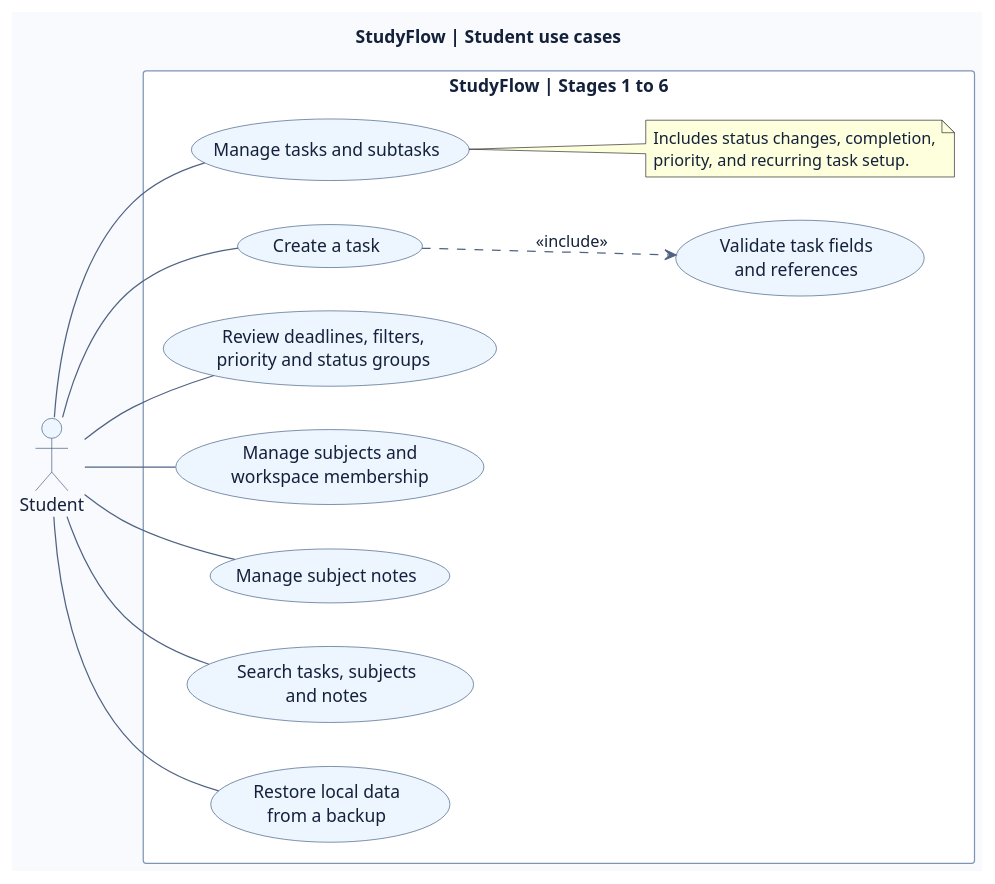
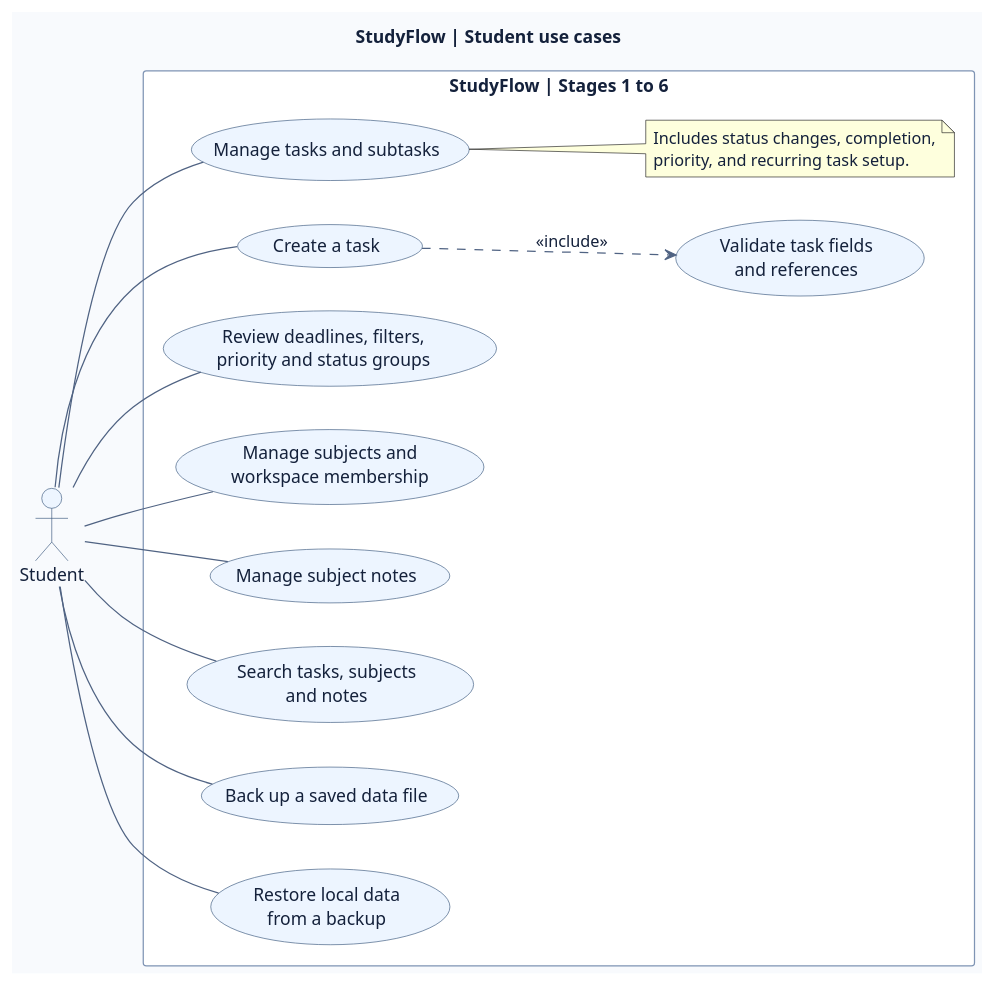
One commit to Dishitha09/StudyFlow changed the diagram in docs/uml/use-case-diagram.puml. Above: the diagram before and after it, drawn with PlantUML. The commit also changed 13 other files, not shown here.

```diff
--- a/docs/uml/use-case-diagram.puml
+++ b/docs/uml/use-case-diagram.puml
@@ -1,41 +1,43 @@
 @startuml
 title StudyFlow | Student use cases
 left to right direction
 skinparam backgroundColor #F8FAFD
 skinparam defaultFontName Segoe UI
 skinparam defaultFontColor #14213B
 skinparam shadowing false
 skinparam ArrowColor #506383
 skinparam actorBorderColor #345279
 skinparam actorBackgroundColor #EDF5FF
 skinparam usecaseBorderColor #345279
 skinparam usecaseBackgroundColor #EDF5FF
 skinparam rectangleBorderColor #7F94B4
 skinparam rectangleBackgroundColor #FFFFFF
 
 actor Student
 rectangle "StudyFlow | Stages 1 to 6" {
   usecase "Manage tasks and subtasks" as Task
   usecase "Create a task" as Create
   usecase "Validate task fields\nand references" as Validate
   usecase "Review deadlines, filters,\npriority and status groups" as Review
   usecase "Manage subjects and\nworkspace membership" as Organize
   usecase "Manage subject notes" as Note
   usecase "Search tasks, subjects\nand notes" as Search
+  usecase "Back up a saved data file" as Backup
   usecase "Restore local data\nfrom a backup" as Restore
 
   note right of Task
     Includes status changes, completion,
     priority, and recurring task setup.
   end note
 }
 
 Student -- Task
 Student -- Create
 Student -- Review
 Student -- Organize
 Student -- Note
 Student -- Search
+Student -- Backup
 Student -- Restore
 Create ..> Validate : <<include>>
 @enduml
```
